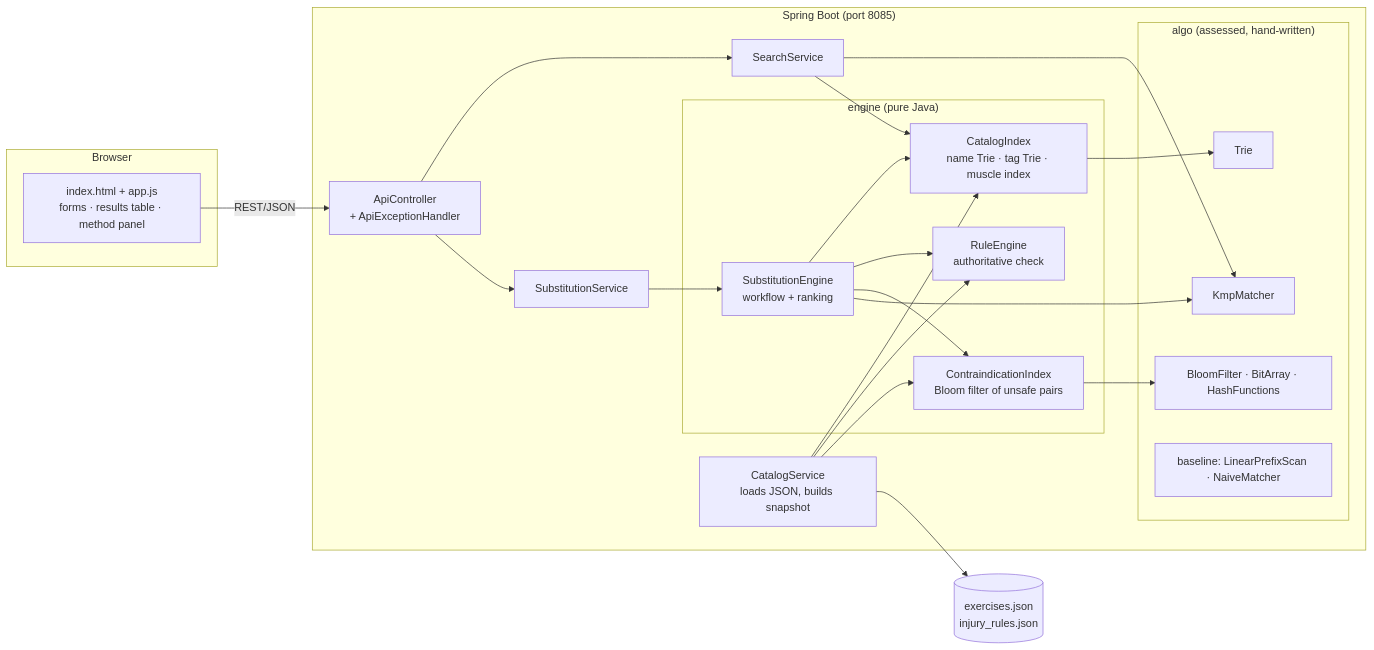
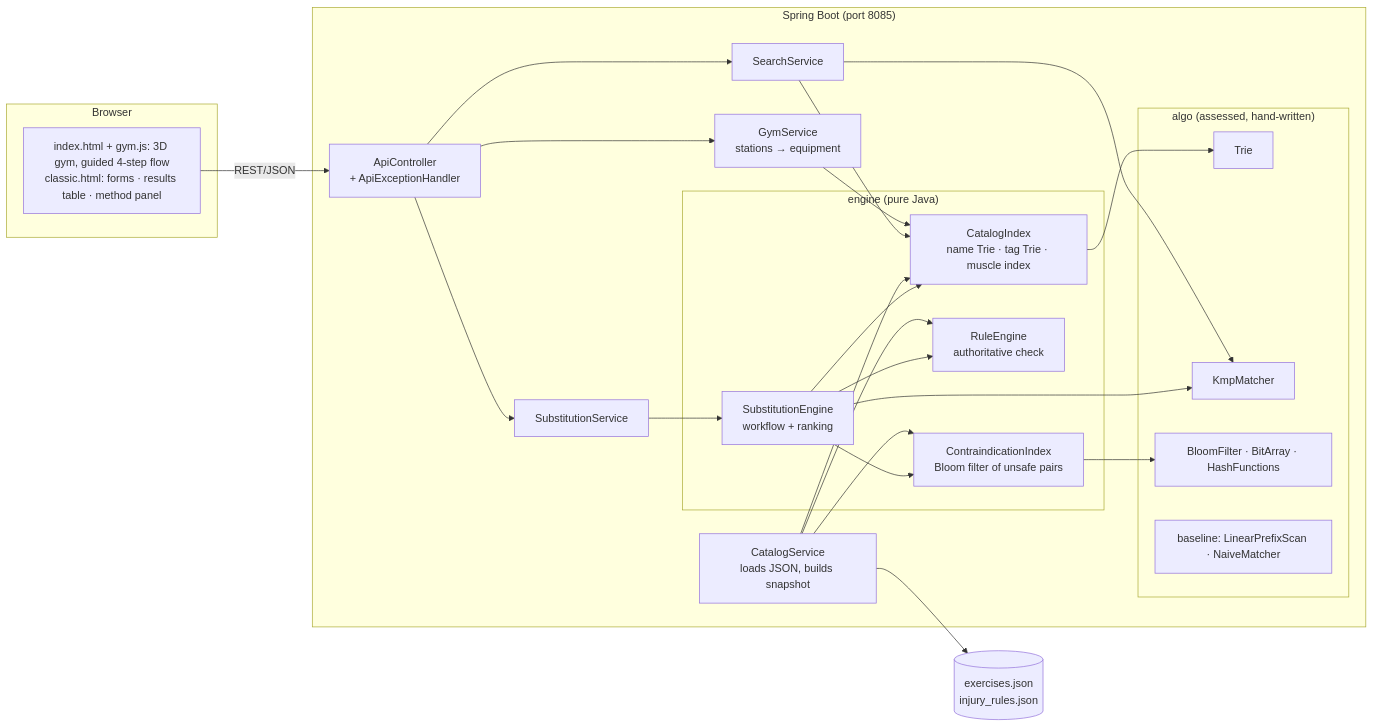
One commit to cmd-d4ksh/SafeSwap changed the diagram in docs/REPORT.md. Above: the diagram before and after it, drawn with Mermaid. The commit also changed other lines of this file and 6 other files, not shown here.

Commit message:
Add 3D gym UI with guided flow; keep form UI as classic view

````diff
--- a/docs/REPORT.md
+++ b/docs/REPORT.md
@@ -44,34 +44,36 @@
 ```mermaid
 flowchart LR
   subgraph Browser
-    UI[index.html + app.js<br/>forms · results table · method panel]
+    UI[index.html + gym.js: 3D gym, guided 4-step flow<br/>classic.html: forms · results table · method panel]
   end
   subgraph "Spring Boot (port 8085)"
     C[ApiController<br/>+ ApiExceptionHandler]
     S1[SearchService]
     S2[SubstitutionService]
+    S3[GymService<br/>stations → equipment]
     CS[CatalogService<br/>loads JSON, builds snapshot]
     subgraph engine["engine (pure Java)"]
       CI[CatalogIndex<br/>name Trie · tag Trie · muscle index]
       RE[RuleEngine<br/>authoritative check]
       XI[ContraindicationIndex<br/>Bloom filter of unsafe pairs]
       SE[SubstitutionEngine<br/>workflow + ranking]
     end
     subgraph algo["algo (assessed, hand-written)"]
       T[Trie]
       K[KmpMatcher]
       B[BloomFilter · BitArray · HashFunctions]
       BL[baseline: LinearPrefixScan · NaiveMatcher]
     end
   end
   F[(exercises.json<br/>injury_rules.json)]
   UI -- REST/JSON --> C
-  C --> S1 & S2
+  C --> S1 & S2 & S3
+  S3 --> CI
   S1 --> CI & K
   S2 --> SE
   CS --> F
   CS --> CI & RE & XI
   SE --> CI & RE & XI & K
   CI --> T
   XI --> B
 ```
````
